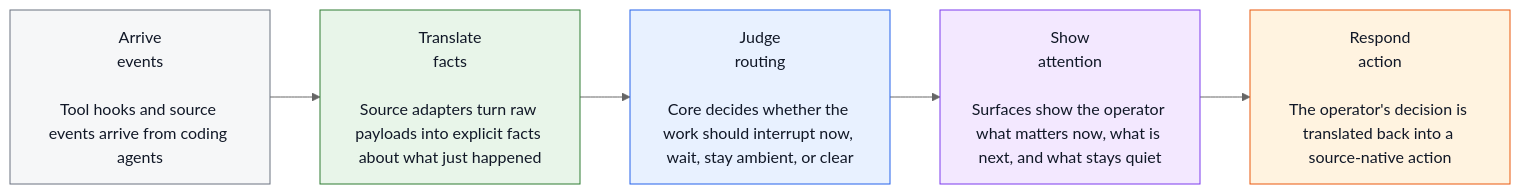
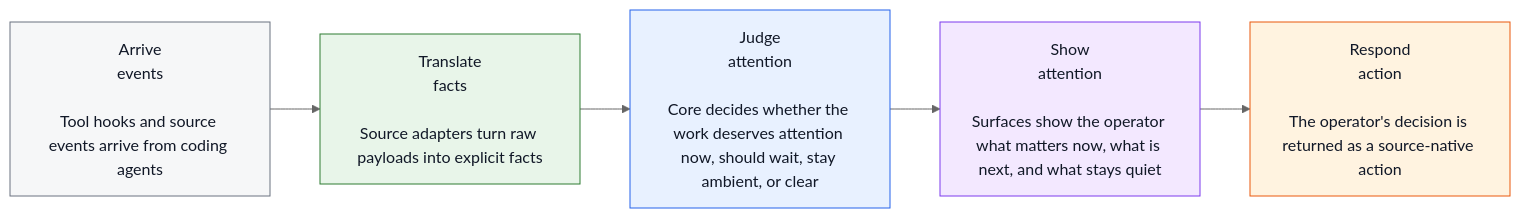
One commit to tomismeta/aperture changed the first of 4 diagrams in docs/system-architecture-diagram.md. Above: the diagram before and after it, drawn with Mermaid (neutral theme). The commit also changed other lines of this file, not shown here.

Commit message:
docs: refine napkin architecture wording

````diff
--- a/docs/system-architecture-diagram.md
+++ b/docs/system-architecture-diagram.md
@@ -143,22 +143,22 @@
 ```mermaid
 flowchart LR
   A["Arrive<br/>events<br/><br/>Tool hooks and source events arrive from coding agents"]
-  T["Translate<br/>facts<br/><br/>Source adapters turn raw payloads into explicit facts about what just happened"]
-  J["Judge<br/>routing<br/><br/>Core decides whether the work should interrupt now, wait, stay ambient, or clear"]
+  T["Translate<br/>facts<br/><br/>Source adapters turn raw payloads into explicit facts"]
+  J["Judge<br/>attention<br/><br/>Core decides whether the work deserves attention now, should wait, stay ambient, or clear"]
   S["Show<br/>attention<br/><br/>Surfaces show the operator what matters now, what is next, and what stays quiet"]
-  R["Respond<br/>action<br/><br/>The operator's decision is translated back into a source-native action"]
+  R["Respond<br/>action<br/><br/>The operator's decision is returned as a source-native action"]
 
   A --> T --> J --> S --> R
 
   classDef source fill:#f6f7f8,stroke:#6b7280,color:#111827;
   classDef semantics fill:#e8f5e9,stroke:#2e7d32,color:#111827;
   classDef judgment fill:#e8f1ff,stroke:#2563eb,color:#111827;
   classDef state fill:#f3e8ff,stroke:#7c3aed,color:#111827;
   classDef egress fill:#fff3e0,stroke:#ea580c,color:#111827;
 
   class A source;
   class T semantics;
   class J judgment;
   class S state;
   class R egress;
 ```
````
